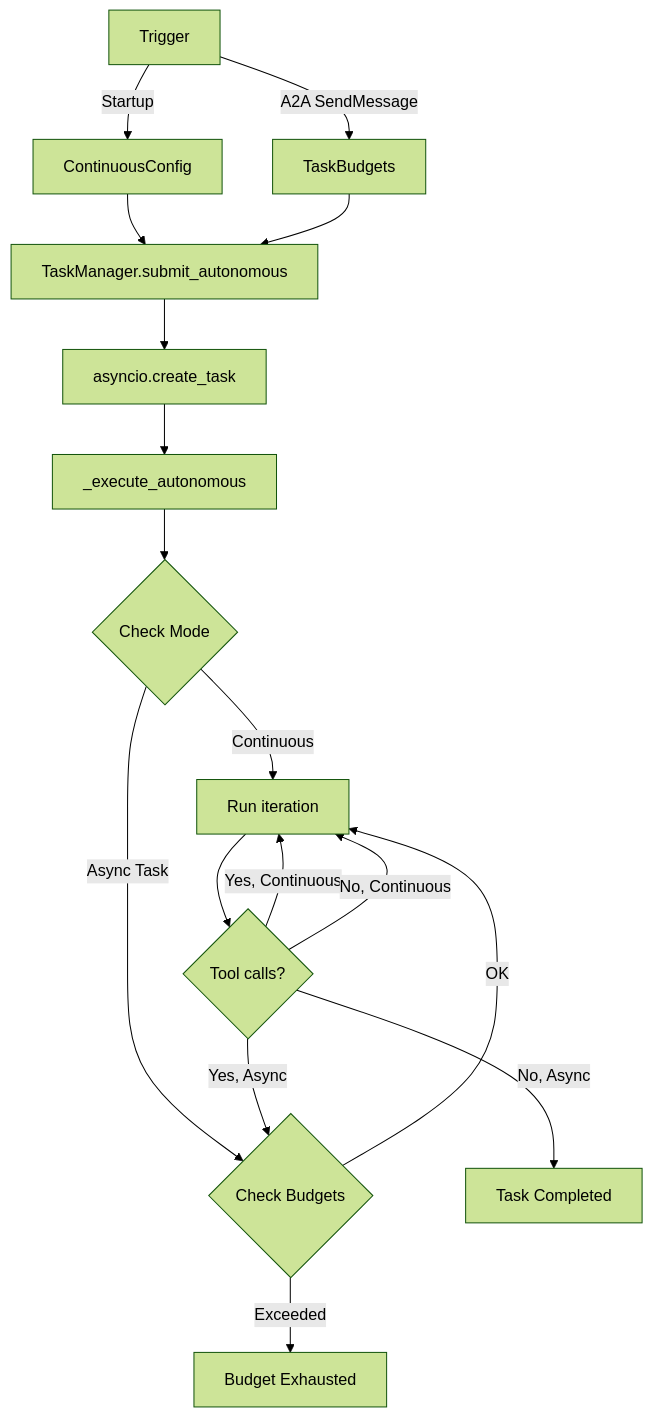
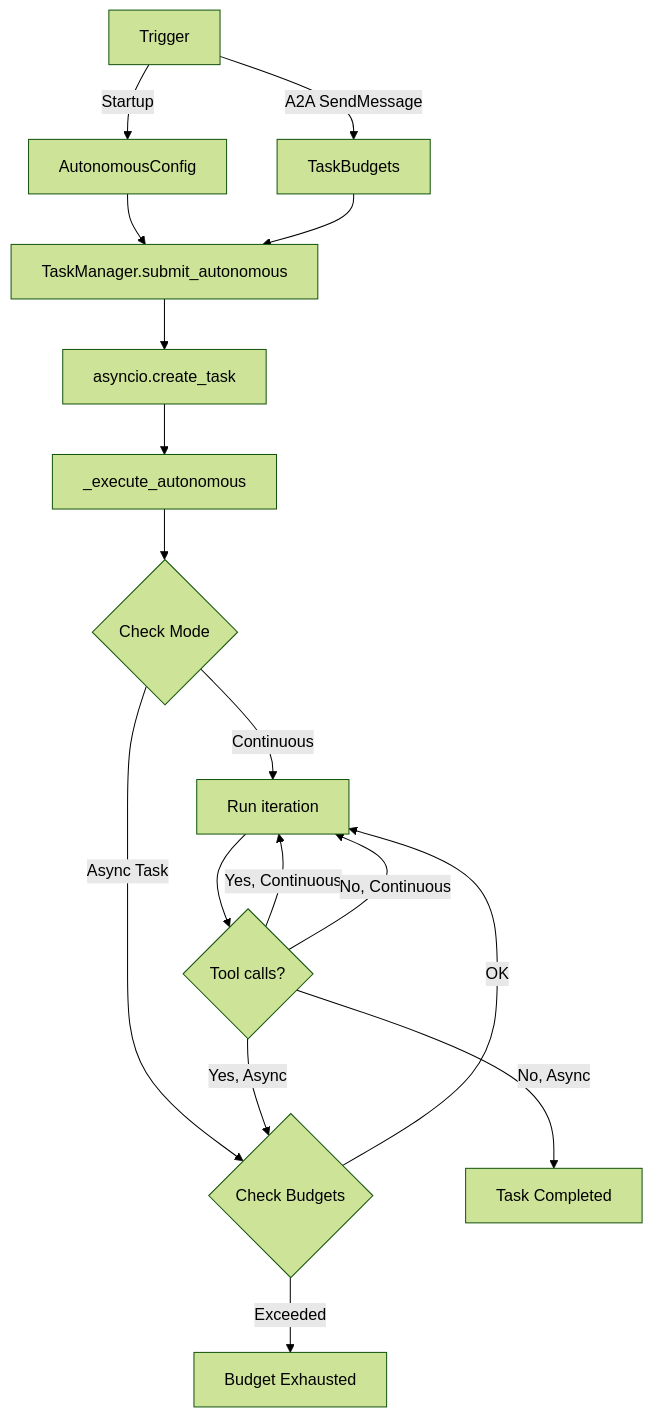
Before and after one commit to axsaucedo/kaos: the diagram in docs/python-framework/autonomous.md, drawn with Mermaid (forest theme). The commit also changed other lines of this file and 4 other files, not shown here.

First line of the commit message:
docs: update E2E tests, CRD docs, and instructions for simplified autonomous config

````diff
--- a/docs/python-framework/autonomous.md
+++ b/docs/python-framework/autonomous.md
@@ -204,19 +202,19 @@
 ```mermaid
 graph TD
-    A[Trigger] -->|Startup| B1[ContinuousConfig]
+    A[Trigger] -->|Startup| B1[AutonomousConfig]
     A -->|A2A SendMessage| B2[TaskBudgets]
     B1 --> C[TaskManager.submit_autonomous]
     B2 --> C
     C --> D[asyncio.create_task]
     D --> E[_execute_autonomous]
     E --> F{Check Mode}
     F -->|Continuous| G[Run iteration]
     F -->|Async Task| H{Check Budgets}
     H -->|OK| G
     G --> I{Tool calls?}
     I -->|Yes, Continuous| G
     I -->|Yes, Async| H
     I -->|No, Async| J[Task Completed]
     I -->|No, Continuous| G
     H -->|Exceeded| K[Budget Exhausted]
 ```
````
